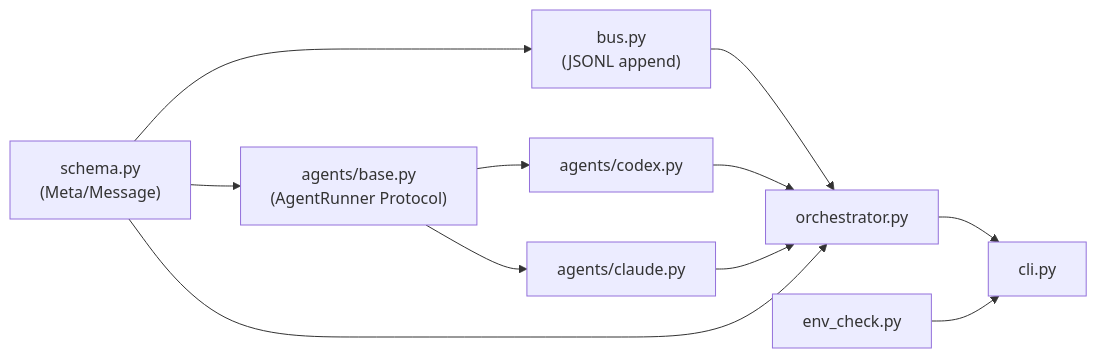
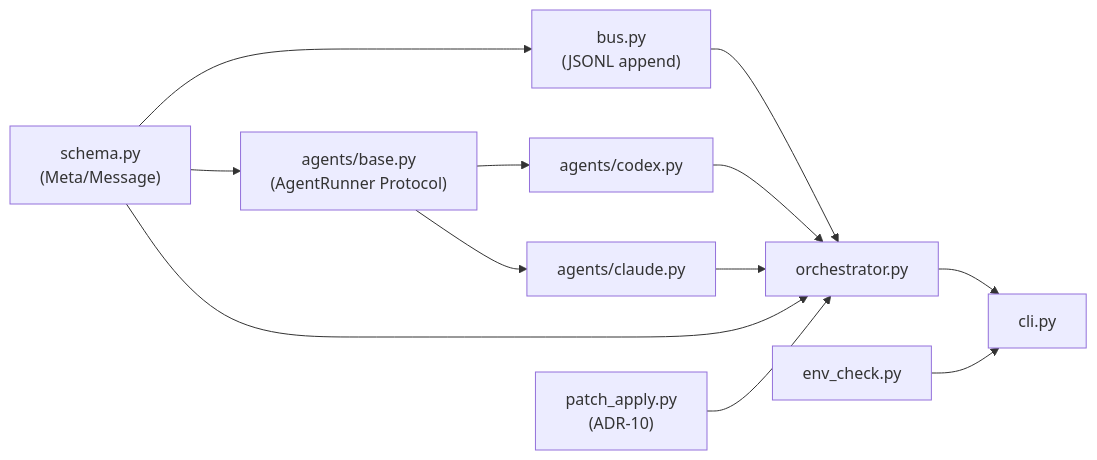
The diagram in docs/dev-docs/systems/INDEX.md (shinjw4929/Dialectic-CLI), drawn with Mermaid before and after one commit. The commit also changed other lines of this file and 8 other files, not shown here.

First line of the commit message:
Sync systems narratives for ADR-10 patch_apply

````diff
--- a/docs/dev-docs/systems/INDEX.md
+++ b/docs/dev-docs/systems/INDEX.md
@@ -21,22 +22,24 @@
 ```mermaid
 flowchart LR
     schema["schema.py<br/>(Meta/Message)"]
     bus["bus.py<br/>(JSONL append)"]
     base["agents/base.py<br/>(AgentRunner Protocol)"]
     codex["agents/codex.py"]
     claude["agents/claude.py"]
+    patch["patch_apply.py<br/>(ADR-10)"]
     orch["orchestrator.py"]
     envcheck["env_check.py"]
     cli["cli.py"]
 
     schema --> bus
     schema --> base
     base --> codex
     base --> claude
     bus --> orch
     codex --> orch
     claude --> orch
     schema --> orch
+    patch --> orch
     orch --> cli
     envcheck --> cli
 ```
````
